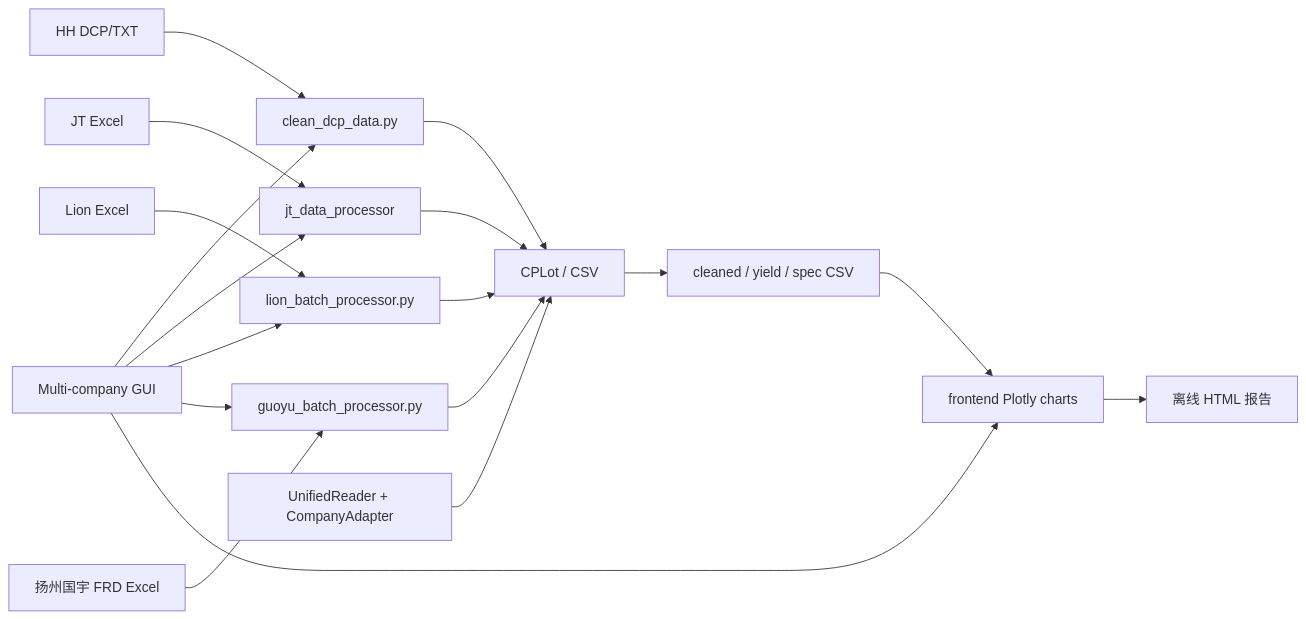
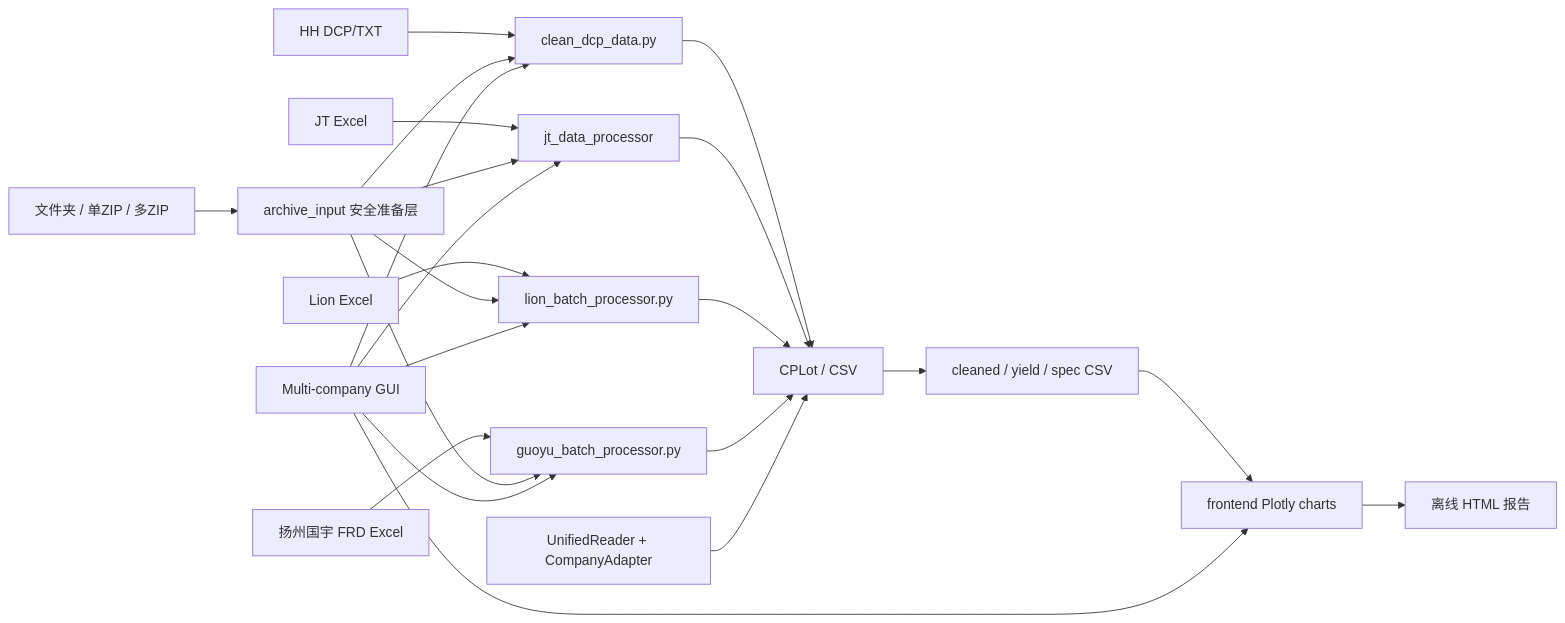
The diagram in docs/architecture.md (Chenchao981/cp_data_ansys), drawn with Mermaid before and after one commit. The commit also changed other lines of this file and 11 other files, not shown here.

````diff
--- a/docs/architecture.md
+++ b/docs/architecture.md
@@ -17,20 +17,25 @@
 ```mermaid
 flowchart LR
     A["HH DCP/TXT"] --> H["clean_dcp_data.py"]
     B["JT Excel"] --> J["jt_data_processor"]
     C["Lion Excel"] --> L["lion_batch_processor.py"]
     D["扬州国宇 FRD Excel"] --> Y["guoyu_batch_processor.py"]
+    Z["文件夹 / 单ZIP / 多ZIP"] --> P["archive_input 安全准备层"]
+    P --> H
+    P --> J
+    P --> L
+    P --> Y
     H --> M["CPLot / CSV"]
     J --> M
     L --> M
     Y --> M
     U["UnifiedReader + CompanyAdapter"] --> M
     M --> S["cleaned / yield / spec CSV"]
     S --> F["frontend Plotly charts"]
     F --> R["离线 HTML 报告"]
     G["Multi-company GUI"] --> H
     G --> J
     G --> L
     G --> Y
     G --> F
 ```
````
